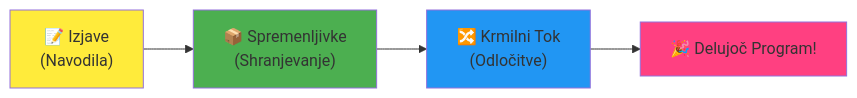
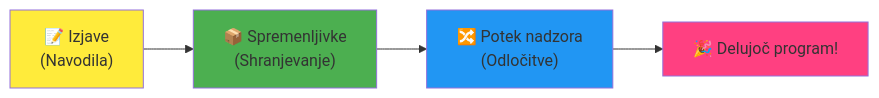
Before and after one commit to microsoft/Web-Dev-For-Beginners: the fourth of 7 diagrams in translations/sl/1-getting-started-lessons/1-intro-to-programming-languages/README.md, drawn with Mermaid. The commit also changed other lines of this file and 8 other files, not shown here.

````diff
--- a/translations/sl/1-getting-started-lessons/1-intro-to-programming-languages/README.md
+++ b/translations/sl/1-getting-started-lessons/1-intro-to-programming-languages/README.md
@@ -467,9 +466,9 @@
 ```mermaid
 flowchart LR
-    A["📝 Izjave<br/>(Navodila)"] --> B["📦 Spremenljivke<br/>(Shranjevanje)"] --> C["🔀 Krmilni Tok<br/>(Odločitve)"] --> D["🎉 Delujoč Program!"]
+    A["📝 Izjave<br/>(Navodila)"] --> B["📦 Spremenljivke<br/>(Shranjevanje)"] --> C["🔀 Potek nadzora<br/>(Odločitve)"] --> D["🎉 Delujoč program!"]
     
     style A fill:#ffeb3b
     style B fill:#4caf50
     style C fill:#2196f3
     style D fill:#ff4081
 ```
````
